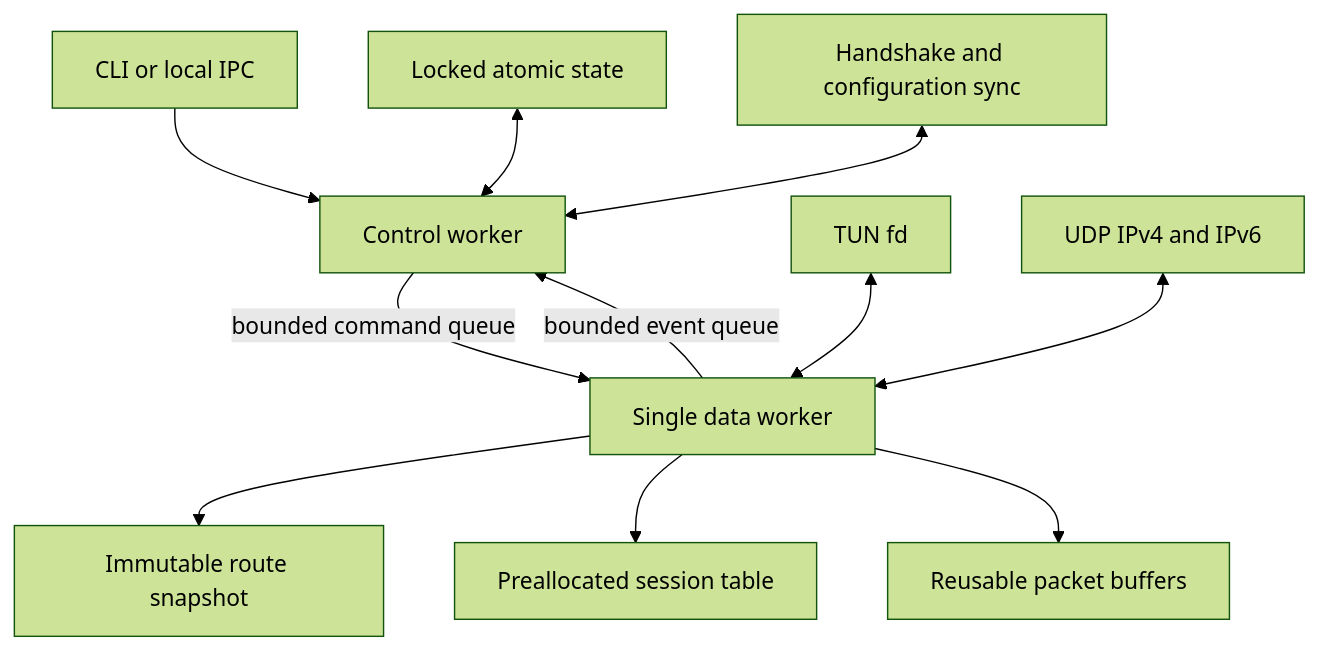
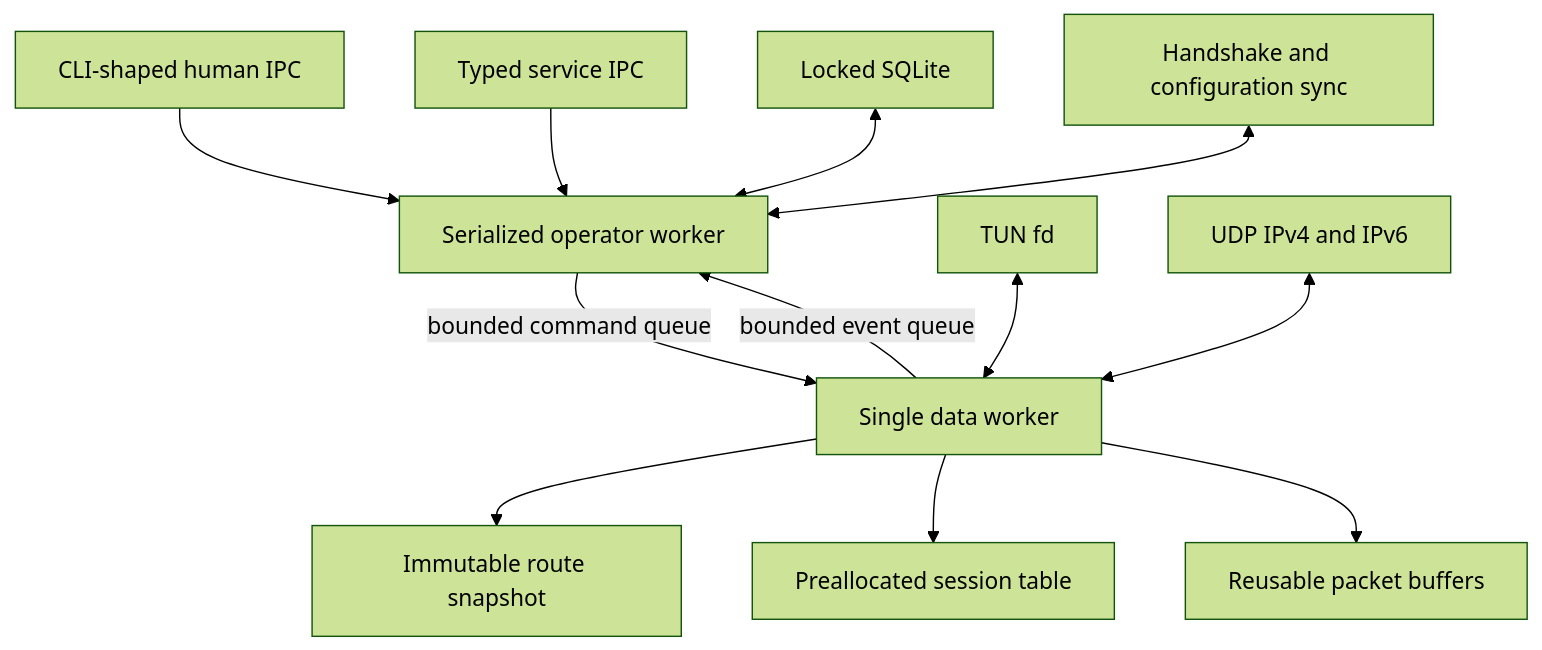
Before and after one commit to nulldoubt/ntip: the second of 3 diagrams in docs/architecture.md, drawn with Mermaid (forest theme). The commit also changed other lines of this file and 241 other files, not shown here.

````diff
--- a/docs/architecture.md
+++ b/docs/architecture.md
@@ -68,13 +78,14 @@
 ```mermaid
 flowchart TD
-    ipc["CLI or local IPC"] --> control["Control worker"]
-    disk["Locked atomic state"] <--> control
+    cli["CLI-shaped human IPC"] --> control["Serialized operator worker"]
+    api["Typed service IPC"] --> control
+    disk["Locked SQLite"] <--> control
     handshake["Handshake and configuration sync"] <--> control
     control -->|"bounded command queue"| data["Single data worker"]
     data -->|"bounded event queue"| control
     tun["TUN fd"] <--> data
     udp["UDP IPv4 and IPv6"] <--> data
     data --> routes["Immutable route snapshot"]
     data --> sessions["Preallocated session table"]
     data --> buffers["Reusable packet buffers"]
 ```
````
